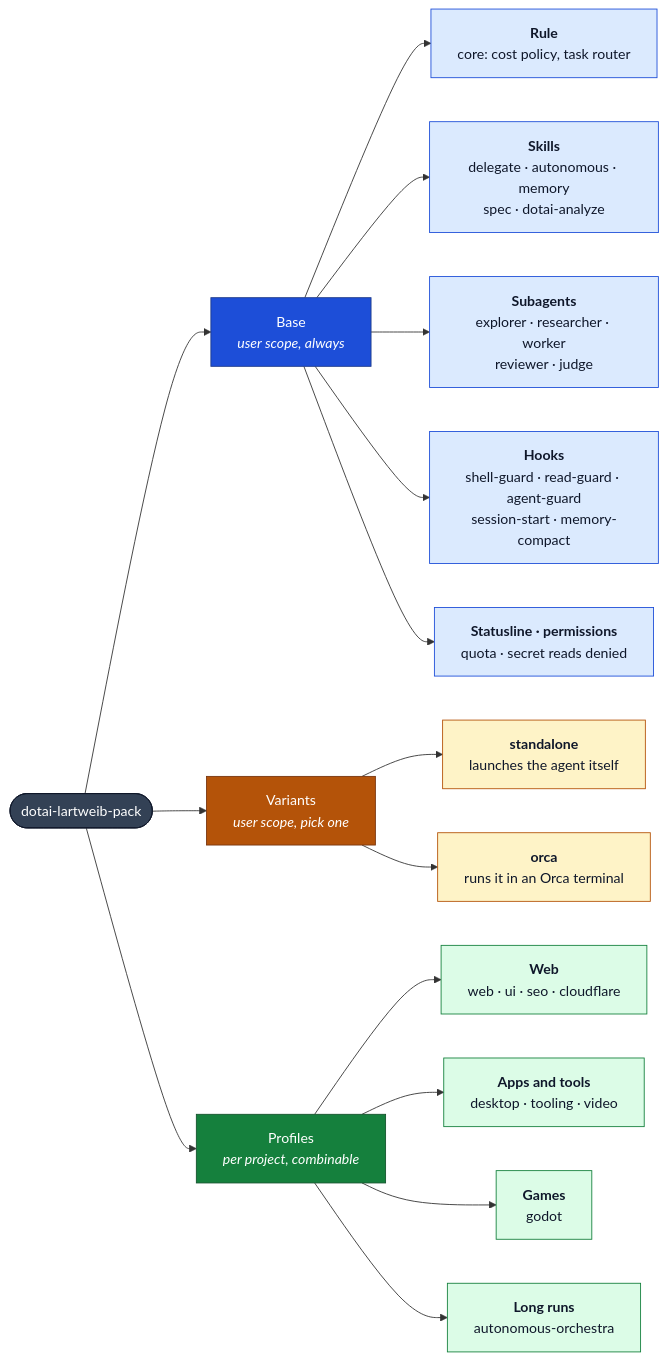
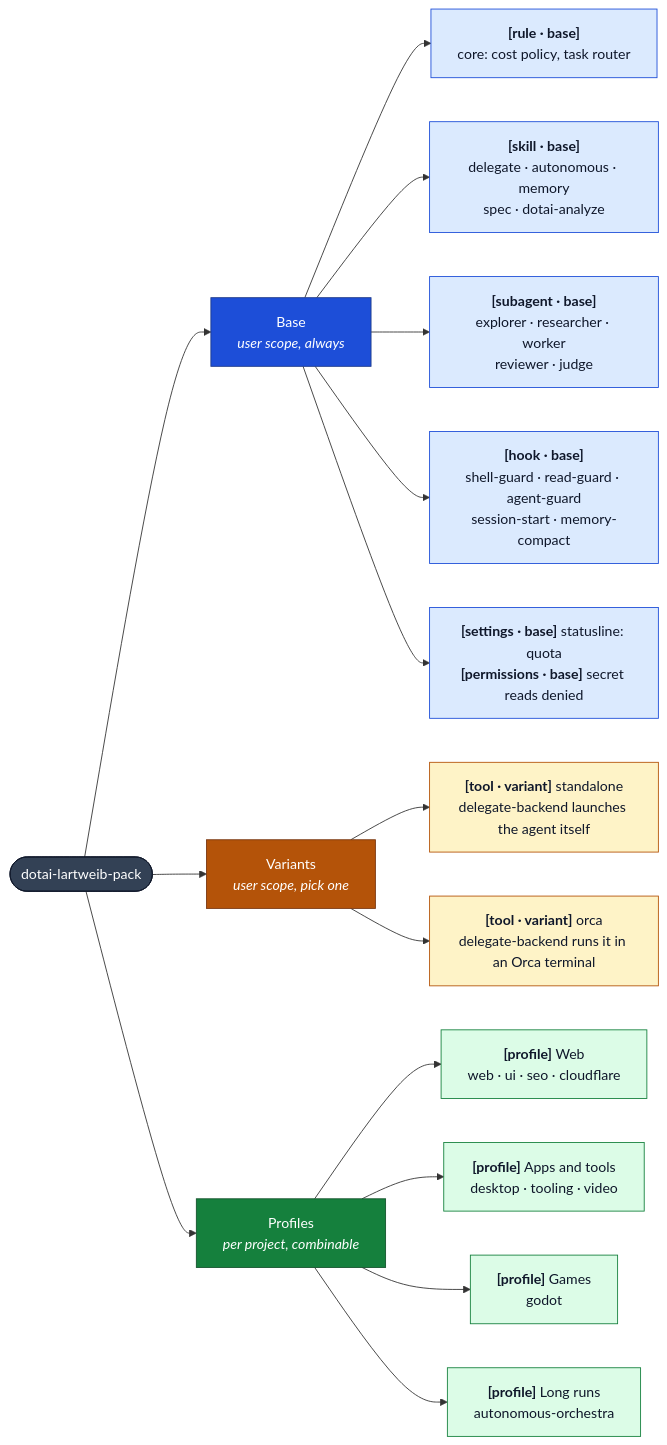
One commit to Lartweib/dotai-lartweib-pack changed the first of 3 diagrams in README.md. Above: the diagram before and after it, drawn with Mermaid. The commit also changed other lines of this file, not shown here.

Commit message:
docs(readme): tag diagram items by layer and kind

````diff
--- a/README.md
+++ b/README.md
@@ -26,38 +26,38 @@
 ```mermaid
 flowchart LR
   P(["dotai-lartweib-pack"])
 
   P --> B["Base<br/><i>user scope, always</i>"]
   P --> V["Variants<br/><i>user scope, pick one</i>"]
   P --> F["Profiles<br/><i>per project, combinable</i>"]
 
-  B --> BR["<b>Rule</b><br/>core: cost policy, task router"]
-  B --> BS["<b>Skills</b><br/>delegate · autonomous · memory<br/>spec · dotai-analyze"]
-  B --> BA["<b>Subagents</b><br/>explorer · researcher · worker<br/>reviewer · judge"]
-  B --> BH["<b>Hooks</b><br/>shell-guard · read-guard · agent-guard<br/>session-start · memory-compact"]
-  B --> BX["<b>Statusline · permissions</b><br/>quota · secret reads denied"]
+  B --> BR["<b>[rule · base]</b><br/>core: cost policy, task router"]
+  B --> BS["<b>[skill · base]</b><br/>delegate · autonomous · memory<br/>spec · dotai-analyze"]
+  B --> BA["<b>[subagent · base]</b><br/>explorer · researcher · worker<br/>reviewer · judge"]
+  B --> BH["<b>[hook · base]</b><br/>shell-guard · read-guard · agent-guard<br/>session-start · memory-compact"]
+  B --> BX["<b>[settings · base]</b> statusline: quota<br/><b>[permissions · base]</b> secret reads denied"]
 
-  V --> VS["<b>standalone</b><br/>launches the agent itself"]
-  V --> VO["<b>orca</b><br/>runs it in an Orca terminal"]
+  V --> VS["<b>[tool · variant]</b> standalone<br/>delegate-backend launches the agent itself"]
+  V --> VO["<b>[tool · variant]</b> orca<br/>delegate-backend runs it in an Orca terminal"]
 
-  F --> FW["<b>Web</b><br/>web · ui · seo · cloudflare"]
-  F --> FA["<b>Apps and tools</b><br/>desktop · tooling · video"]
-  F --> FG["<b>Games</b><br/>godot"]
-  F --> FO["<b>Long runs</b><br/>autonomous-orchestra"]
+  F --> FW["<b>[profile]</b> Web<br/>web · ui · seo · cloudflare"]
+  F --> FA["<b>[profile]</b> Apps and tools<br/>desktop · tooling · video"]
+  F --> FG["<b>[profile]</b> Games<br/>godot"]
+  F --> FO["<b>[profile]</b> Long runs<br/>autonomous-orchestra"]
 
   classDef pack fill:#334155,stroke:#0f172a,color:#ffffff
   classDef base fill:#1d4ed8,stroke:#1e3a8a,color:#ffffff
   classDef baseItem fill:#dbeafe,stroke:#1d4ed8,color:#0f172a
   classDef variant fill:#b45309,stroke:#78350f,color:#ffffff
   classDef variantItem fill:#fef3c7,stroke:#b45309,color:#0f172a
   classDef profile fill:#15803d,stroke:#14532d,color:#ffffff
   classDef profileItem fill:#dcfce7,stroke:#15803d,color:#0f172a
 
   class P pack
   class B base
   class BR,BS,BA,BH,BX baseItem
   class V variant
   class VS,VO variantItem
   class F profile
   class FW,FA,FG,FO profileItem
 ```
````
